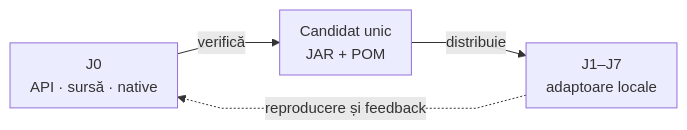
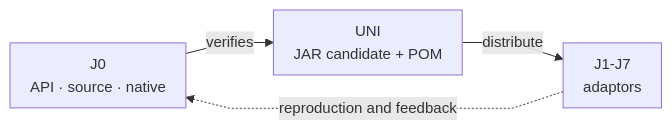
The diagram in docs/ATF_Test_Kit_Library.md (crististefanita/atf_j0), drawn with Mermaid before and after one commit. The commit also changed other lines of this file and 113 other files, not shown here.

````diff
--- a/docs/ATF_Test_Kit_Library.md
+++ b/docs/ATF_Test_Kit_Library.md
@@ -21,7 +27,7 @@
 ```mermaid
 %%{init: {"themeVariables":{"fontSize":"15px"},"flowchart":{"curve":"linear","nodeSpacing":24,"rankSpacing":40,"padding":10}}}%%
 flowchart LR
-    Owner["J0<br/>API · sursă · native"] -->|verifică| Pair["Candidat unic<br/>JAR + POM"]
-    Pair -->|distribuie| Consumers["J1–J7<br/>adaptoare locale"]
-    Consumers -.->|reproducere și feedback| Owner
+    Owner["J0 <br/> API · source · native"] -->|verifies| Pair["UNI<br/> JAR candidate + POM"]
+    Pair -->|distribute| Consumers["J1-J7 <br/>adaptors"]
+    Consumers -.->|reproduction and feedback| Owner
 ```
````
